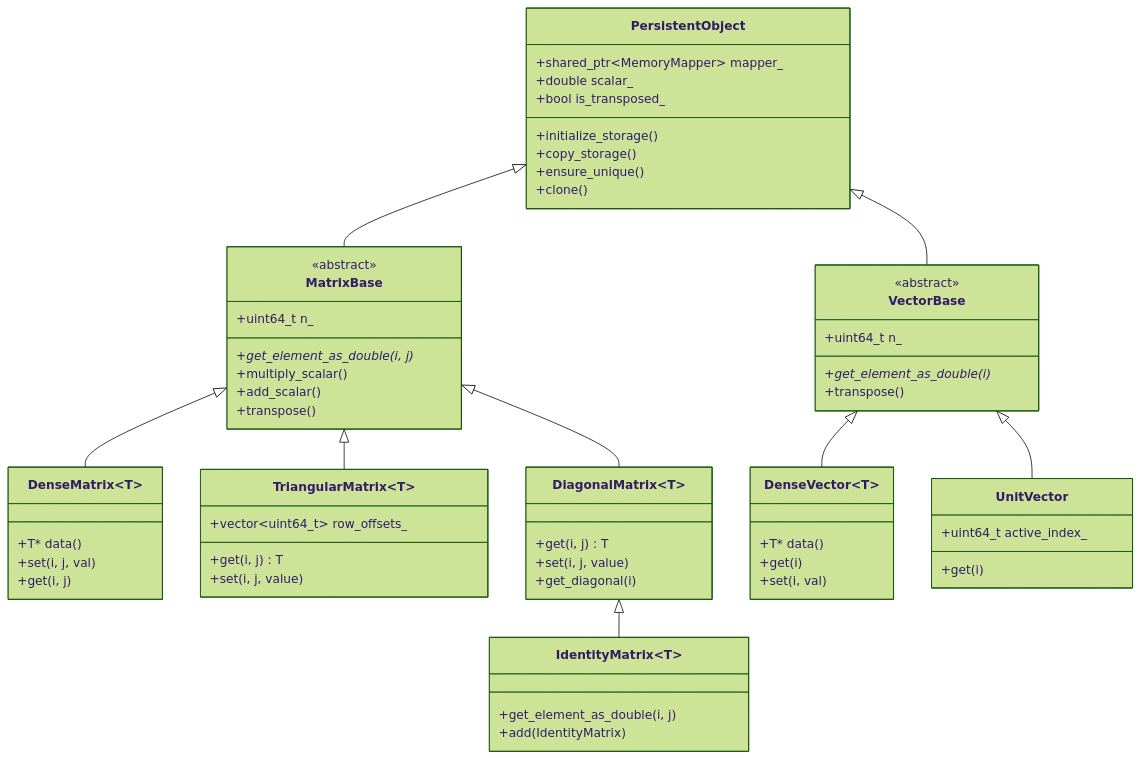
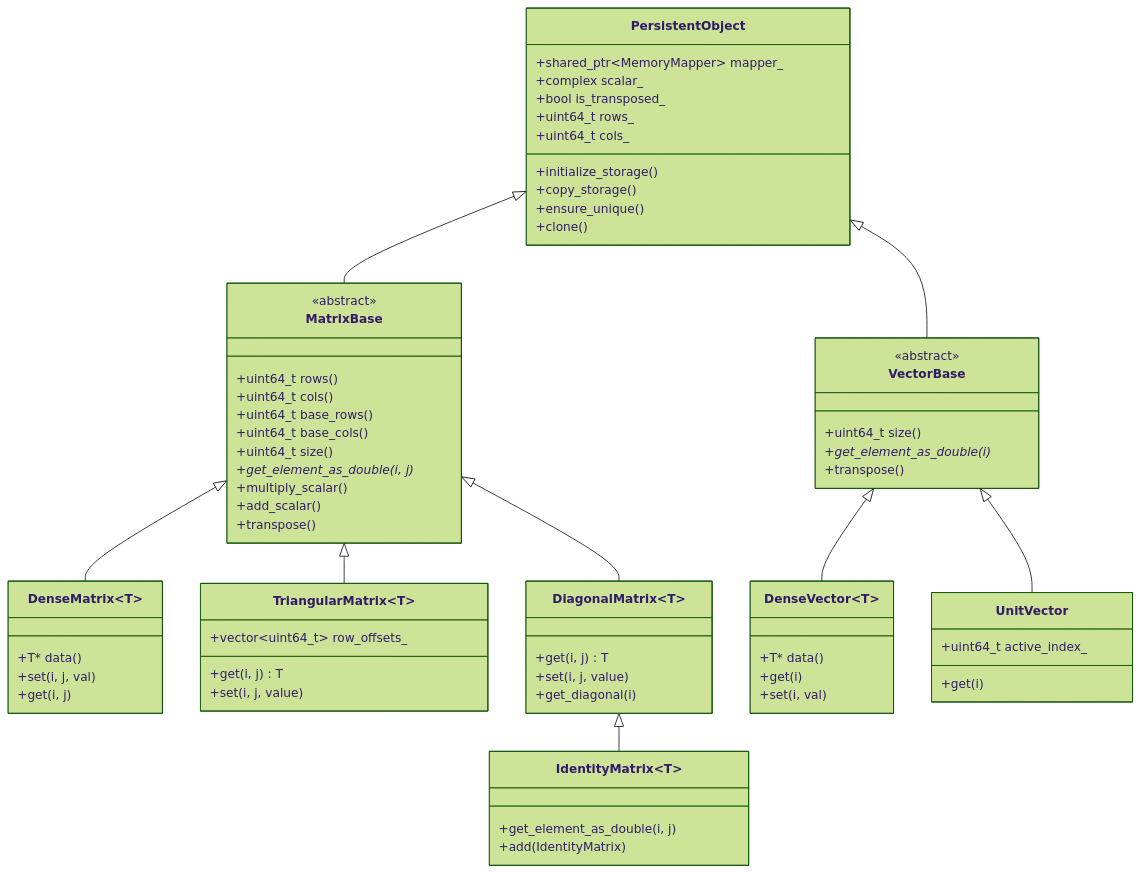
One commit to BrorH/pycauset changed the diagram in documentation/internals/Memory and Data.md. Above: the diagram before and after it, drawn with Mermaid (forest theme). The commit also changed other lines of this file and 160 other files, not shown here.

````diff
--- a/documentation/internals/Memory and Data.md
+++ b/documentation/internals/Memory and Data.md
@@ -66,71 +66,77 @@
 ```mermaid
 classDiagram
     class PersistentObject {
         +shared_ptr~MemoryMapper~ mapper_
-        +double scalar_
+        +complex scalar_
         +bool is_transposed_
+        +uint64_t rows_
+        +uint64_t cols_
         +initialize_storage()
         +copy_storage()
         +ensure_unique()
         +clone()
     }
     
     class MatrixBase {
         <<abstract>>
-        +uint64_t n_
+        +uint64_t rows()
+        +uint64_t cols()
+        +uint64_t base_rows()
+        +uint64_t base_cols()
+        +uint64_t size()
         +get_element_as_double(i, j)*
         +multiply_scalar()
         +add_scalar()
         +transpose()
     }
 
     class VectorBase {
         <<abstract>>
-        +uint64_t n_
+        +uint64_t size()
         +get_element_as_double(i)*
         +transpose()
     }
     
     class DenseMatrix~T~ {
         +T* data()
         +set(i, j, val)
         +get(i, j)
     }
     
     class TriangularMatrix~T~ {
         +vector~uint64_t~ row_offsets_
         +get(i, j) T
         +set(i, j, value)
     }
 
     class DiagonalMatrix~T~ {
         +get(i, j) T
         +set(i, j, value)
         +get_diagonal(i)
     }
 
     class IdentityMatrix~T~ {
         +get_element_as_double(i, j)
         +add(IdentityMatrix)
     }
 
     class DenseVector~T~ {
         +T* data()
         +get(i)
         +set(i, val)
     }
 
     class UnitVector {
         +uint64_t active_index_
         +get(i)
     }
 
     PersistentObject <|-- MatrixBase
     PersistentObject <|-- VectorBase
     MatrixBase <|-- DenseMatrix
     MatrixBase <|-- TriangularMatrix
     MatrixBase <|-- DiagonalMatrix
     DiagonalMatrix <|-- IdentityMatrix
     VectorBase <|-- DenseVector
     VectorBase <|-- UnitVector
 ```
````
